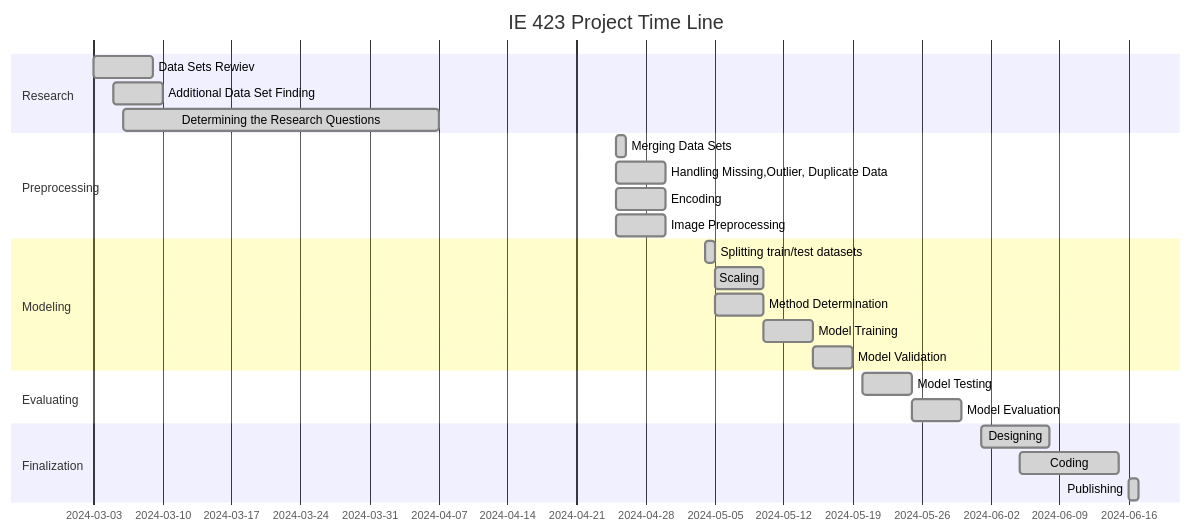
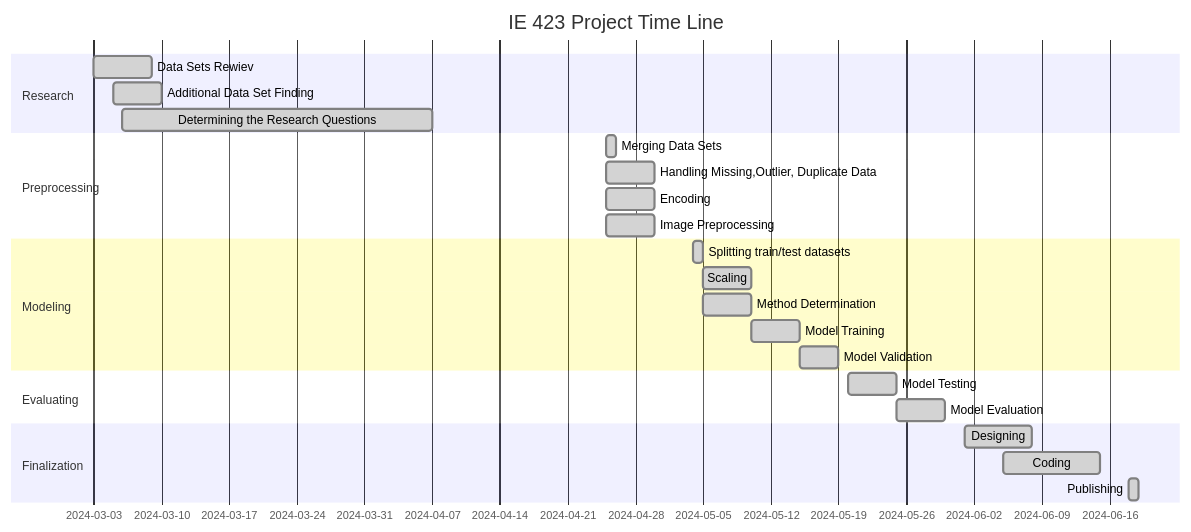
The diagram in README.md (BILGI-IE-423/ie423-2024-termproject-ai-world), drawn with Mermaid before and after one commit.

````diff
--- a/README.md
+++ b/README.md
@@ -148,35 +148,35 @@
 ```mermaid
 
 gantt
        dateFormat  YYYY-MM-DD
        title IE 423 Project Time Line
 
        section Research
        Data Sets Rewiev                                   :done, des1, 2024-03-03,6d
        Additional Data Set Finding                        :done, des2, 2024-03-05,5d
        Determining the Research Questions                 :done, des3, 2024-03-06,2024-04-07
 
        section Preprocessing
        Merging Data Sets                                  :done, des4, 2024-04-25, 1d
        Handling Missing,Outlier, Duplicate Data           :done, des5, 2024-04-25, 5d
        Encoding                                           :done, des6, 2024-04-25, 5d
        Image Preprocessing                                :done, des7, 2024-04-25, 5d
 
        section Modeling
        Splitting train/test datasets                      :done, des8, 2024-05-04, 1d
        Scaling                                            :done, des9, 2024-05-05, 5d
        Method Determination                               :done, des10, 2024-05-05, 5d
        Model Training                                     :done, des11, 2024-05-10, 5d
        Model Validation                                   :done, des12, 2024-05-15, 4d
 
        section Evaluating
        Model Testing                                      :done, des13, 2024-05-20,5d
        Model Evaluation                                   :done, des14, 2024-05-25, 5d
 
        section Finalization
        Designing                                          :done, des15, 2024-06-01,7d
        Coding                                             :done, des16, 2024-06-05,10d
-       Publishing                                         :done, des17, 2024-06-16, 1d
+       Publishing                                         :done, des17, 2024-06-18, 1d
     
 
 ```
````
